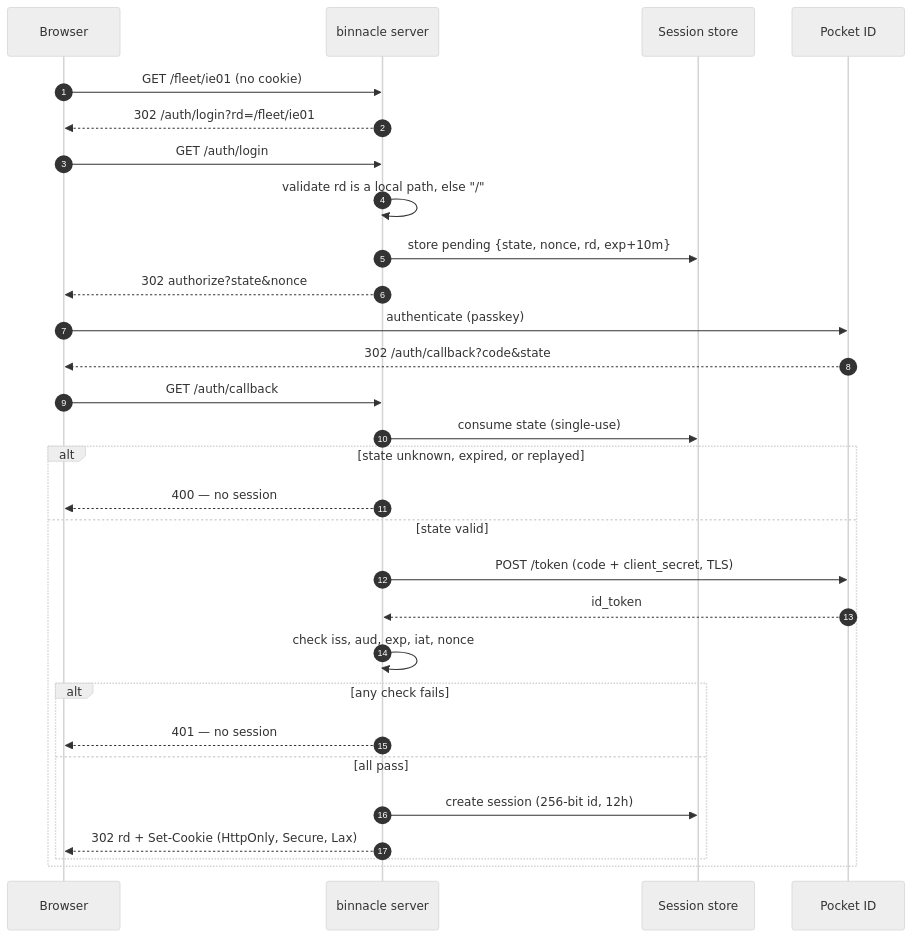
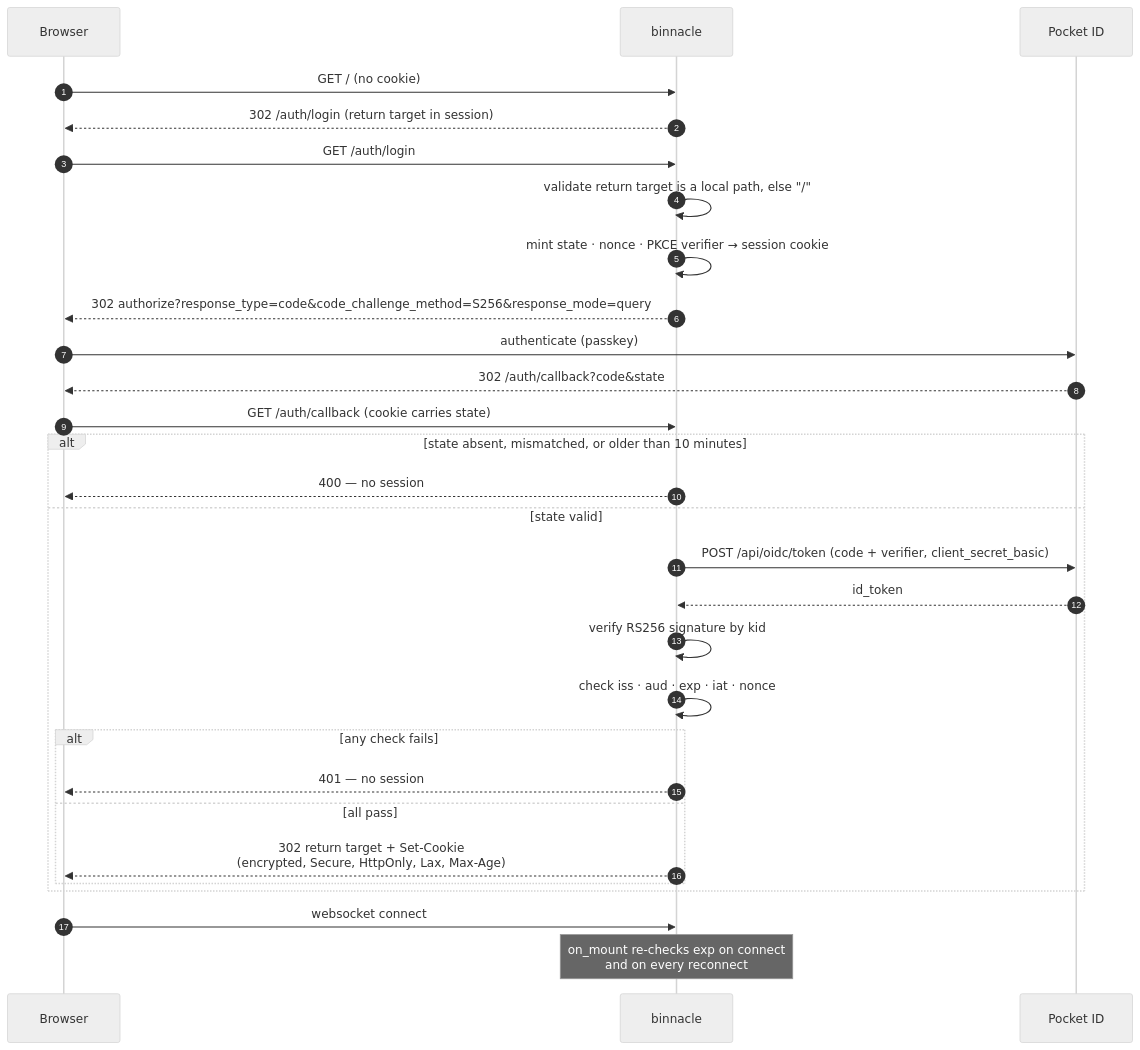
The second of 2 diagrams in docs/specs/oidc-authentication/design.md (stump-wtf/binnacle), drawn with Mermaid (neutral theme) before and after one commit. The commit also changed other lines of this file and 5 other files, not shown here.

````diff
--- a/docs/specs/oidc-authentication/design.md
+++ b/docs/specs/oidc-authentication/design.md
@@ -130,32 +165,32 @@
 ```mermaid
 sequenceDiagram
     autonumber
     participant B as Browser
-    participant S as binnacle server
-    participant ST as Session store
+    participant S as binnacle
     participant P as Pocket ID
 
-    B->>S: GET /fleet/ie01 (no cookie)
-    S-->>B: 302 /auth/login?rd=/fleet/ie01
+    B->>S: GET / (no cookie)
+    S-->>B: 302 /auth/login (return target in session)
     B->>S: GET /auth/login
-    S->>S: validate rd is a local path, else "/"
-    S->>ST: store pending {state, nonce, rd, exp+10m}
-    S-->>B: 302 authorize?state&nonce
+    S->>S: validate return target is a local path, else "/"
+    S->>S: mint state · nonce · PKCE verifier → session cookie
+    S-->>B: 302 authorize?response_type=code&code_challenge_method=S256&response_mode=query
     B->>P: authenticate (passkey)
     P-->>B: 302 /auth/callback?code&state
-    B->>S: GET /auth/callback
-    S->>ST: consume state (single-use)
-    alt state unknown, expired, or replayed
+    B->>S: GET /auth/callback (cookie carries state)
+    alt state absent, mismatched, or older than 10 minutes
         S-->>B: 400 — no session
     else state valid
-        S->>P: POST /token (code + client_secret, TLS)
+        S->>P: POST /api/oidc/token (code + verifier, client_secret_basic)
         P-->>S: id_token
-        S->>S: check iss, aud, exp, iat, nonce
+        S->>S: verify RS256 signature by kid
+        S->>S: check iss · aud · exp · iat · nonce
         alt any check fails
             S-->>B: 401 — no session
         else all pass
-            S->>ST: create session (256-bit id, 12h)
-            S-->>B: 302 rd + Set-Cookie (HttpOnly, Secure, Lax)
+            S-->>B: 302 return target + Set-Cookie<br/>(encrypted, Secure, HttpOnly, Lax, Max-Age)
         end
     end
+    B->>S: websocket connect
+    Note over S: on_mount re-checks exp on connect<br/>and on every reconnect
 ```
````
